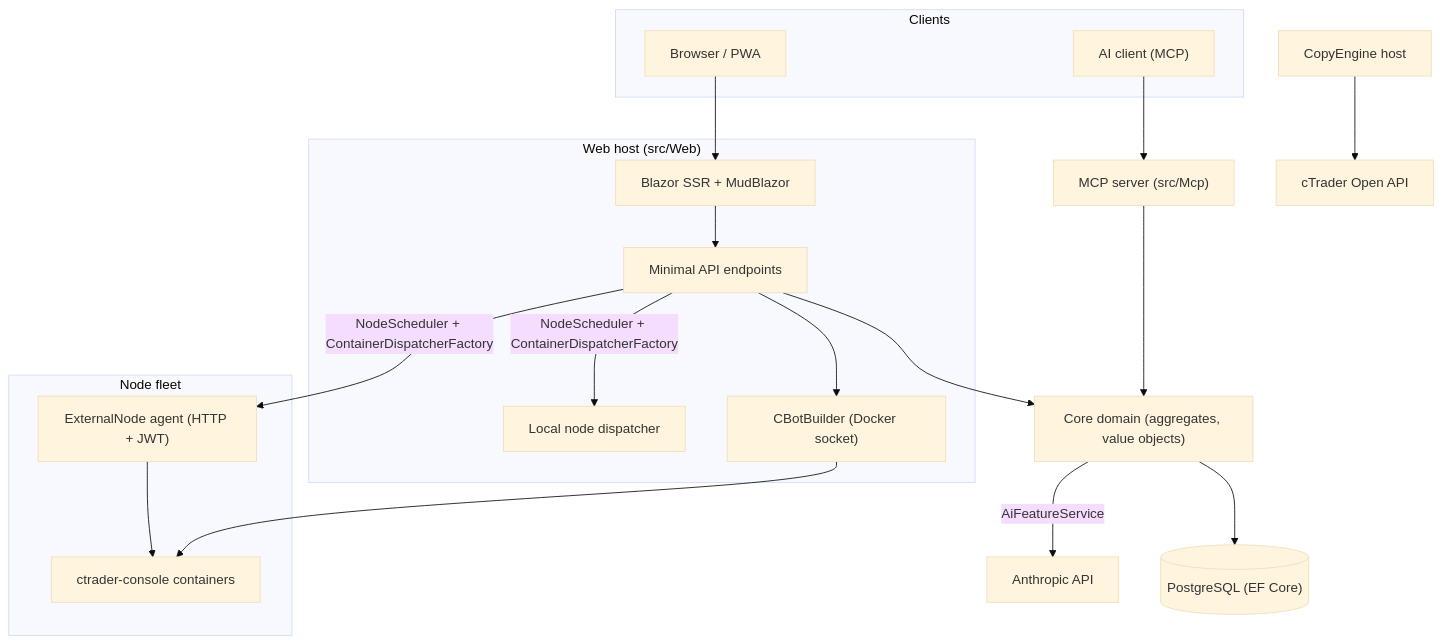
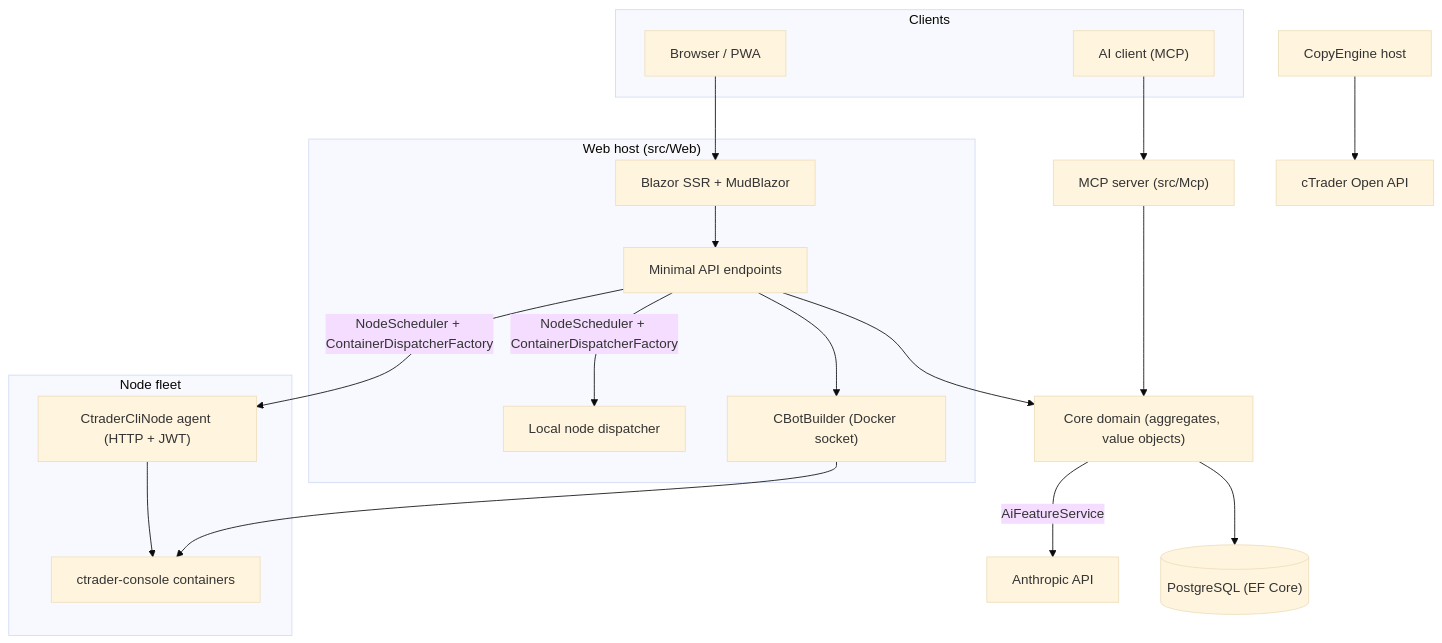
One commit to amusleh-spotware-com/cmind changed the diagram in website/docs/architecture.md. Above: the diagram before and after it, drawn with Mermaid (base theme). The commit also changed other lines of this file and 48 other files, not shown here.

First line of the commit message:
refactor(node): rename ExternalNode/RemoteNode -> CtraderCliNode

````diff
--- a/website/docs/architecture.md
+++ b/website/docs/architecture.md
@@ -33,37 +33,37 @@
 ```mermaid
 flowchart TB
     subgraph Clients
         Browser["Browser / PWA"]
         AiClient["AI client (MCP)"]
     end
 
     subgraph WebHost["Web host (src/Web)"]
         UI["Blazor SSR + MudBlazor"]
         Api["Minimal API endpoints"]
         Builder["CBotBuilder (Docker socket)"]
         LocalNode["Local node dispatcher"]
     end
 
     Mcp["MCP server (src/Mcp)"]
     Core["Core domain (aggregates, value objects)"]
     Db[("PostgreSQL (EF Core)")]
 
     subgraph Fleet["Node fleet"]
-        ExtNode["ExternalNode agent (HTTP + JWT)"]
+        ExtNode["CtraderCliNode agent (HTTP + JWT)"]
         Docker["ctrader-console containers"]
     end
 
     Copy["CopyEngine host"]
     OpenApi["cTrader Open API"]
     Anthropic["Anthropic API"]
 
     Browser --> UI --> Api
     AiClient --> Mcp --> Core
     Api --> Core
     Core --> Db
     Api --> Builder --> Docker
     Api -->|NodeScheduler + ContainerDispatcherFactory| LocalNode & ExtNode
     ExtNode --> Docker
     Copy --> OpenApi
     Core -->|AiFeatureService| Anthropic
 ```
````
